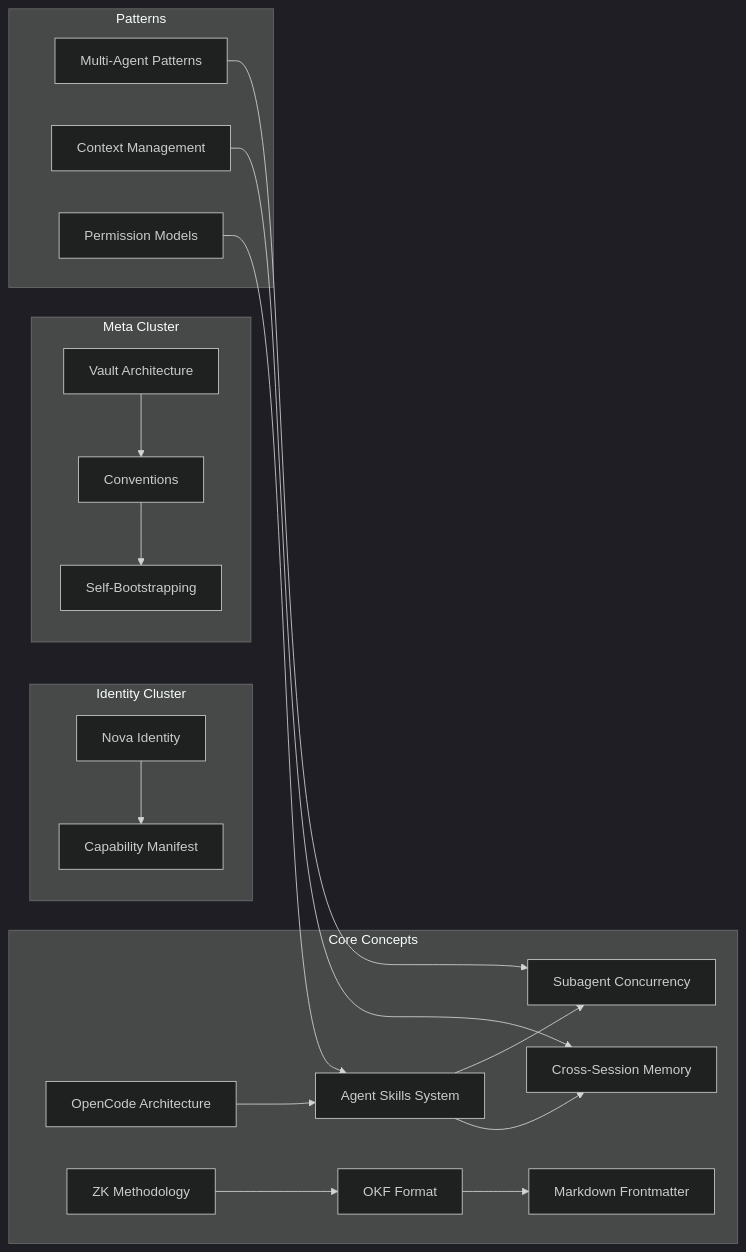
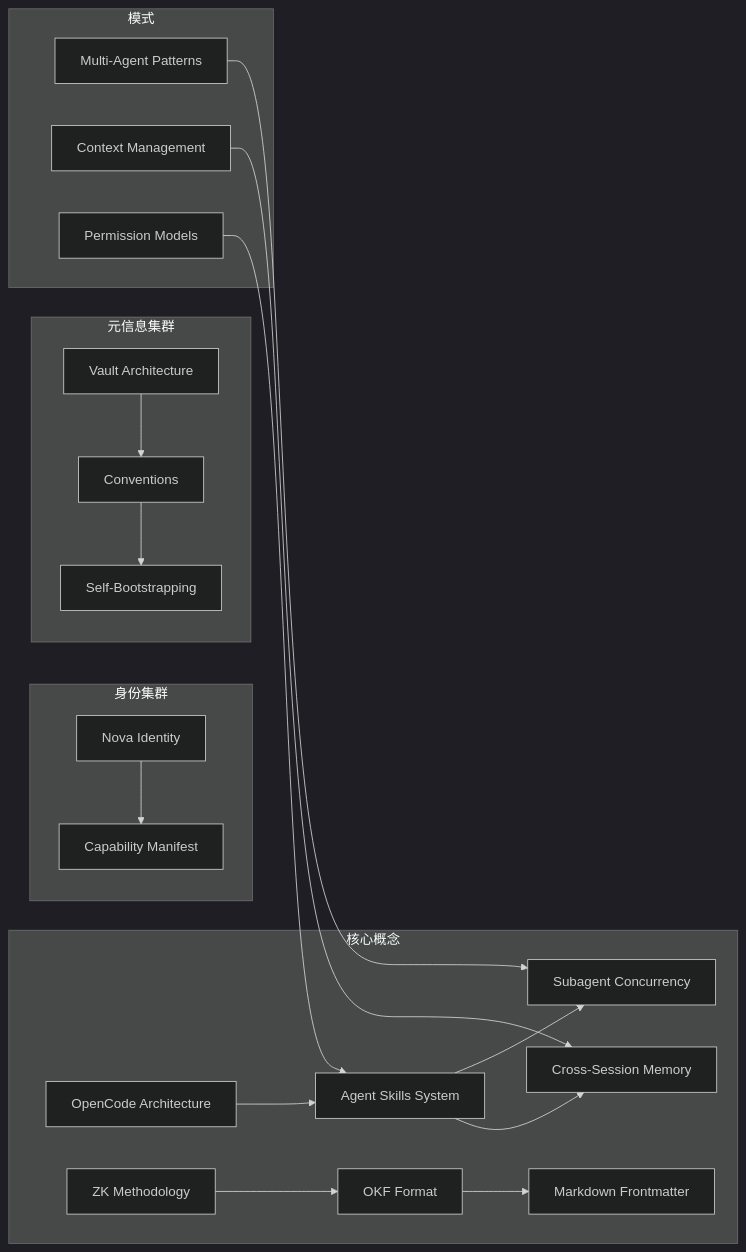
Before and after one commit to hencter/Nova: the second of 2 diagrams in _meta/vault-architecture.md, drawn with Mermaid (dark theme). The commit also changed other lines of this file and 56 other files, not shown here.

````diff
--- a/_meta/vault-architecture.md
+++ b/_meta/vault-architecture.md
@@ -114,25 +125,25 @@
 ```mermaid
 graph LR
-    subgraph "Identity Cluster"
+    subgraph "身份集群"
         NI[Nova Identity] --> CM[Capability Manifest]
     end
 
-    subgraph "Meta Cluster"
+    subgraph "元信息集群"
         VA[Vault Architecture] --> CV[Conventions]
         CV --> SB[Self-Bootstrapping]
     end
 
-    subgraph "Core Concepts"
+    subgraph "核心概念"
         OC[OpenCode Architecture] --> AS[Agent Skills System]
         AS --> SC[Subagent Concurrency]
         AS --> CSM[Cross-Session Memory]
         ZK[ZK Methodology] --> OKF[OKF Format]
         OKF --> MF[Markdown Frontmatter]
     end
 
-    subgraph "Patterns"
+    subgraph "模式"
         MAP[Multi-Agent Patterns] --> SC
         CMgt[Context Management] --> CSM
         PM[Permission Models] --> AS
     end
 ```
````
